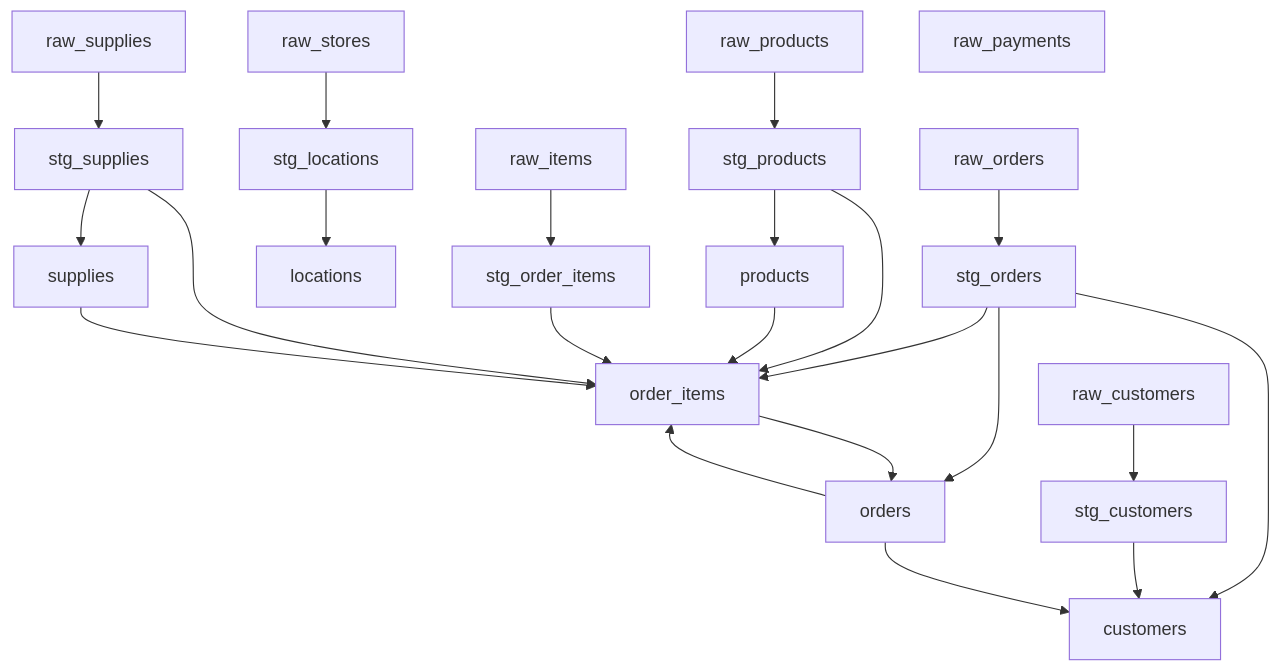
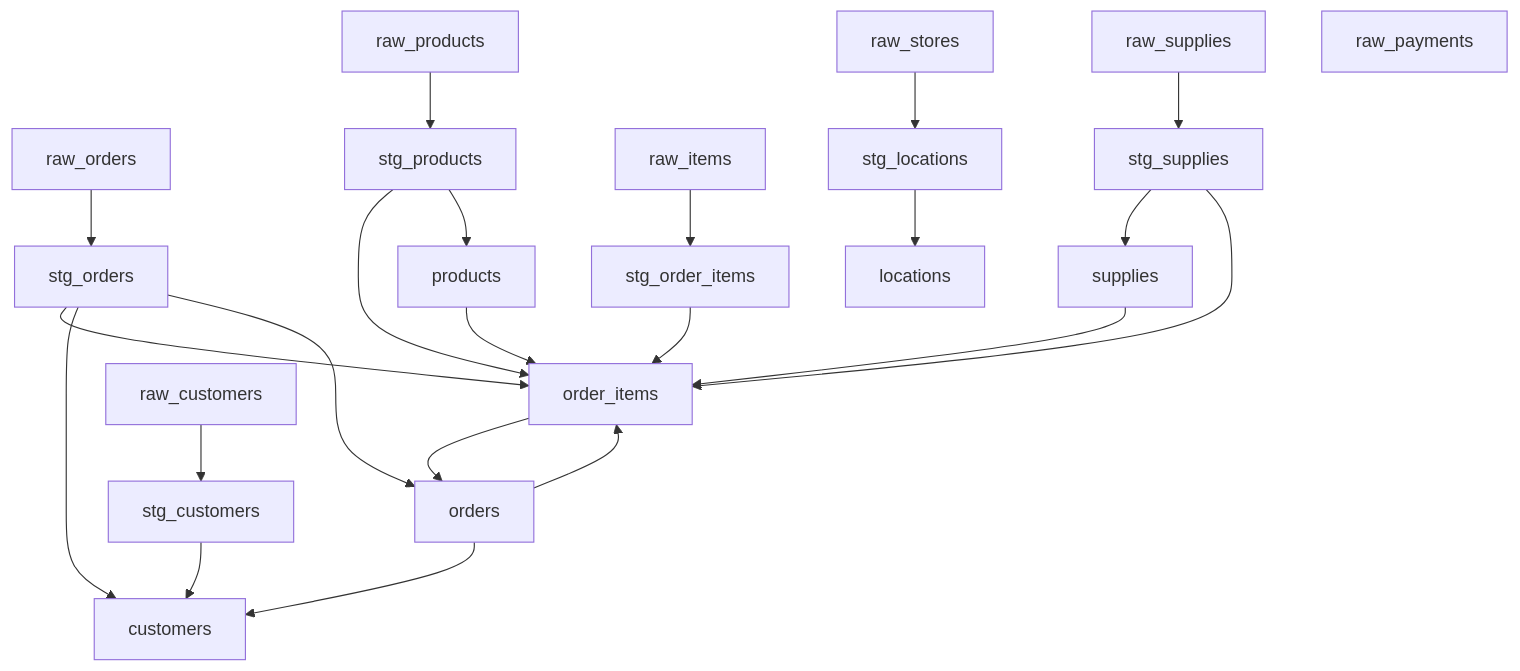
One commit to definite-app/crabwalk changed the diagram in examples/jaffle_shop/lineage.mmd. Above: the diagram before and after it, drawn with Mermaid. The commit also changed other lines of this file and 4 other files, not shown here.

First line of the commit message:
Update lineage diagrams and database schemas

```diff
--- a/examples/jaffle_shop/lineage.mmd
+++ b/examples/jaffle_shop/lineage.mmd
@@ -1,41 +1,41 @@
 graph TD
+    supplies
+    stg_order_items
+    order_items
+    stg_orders
+    locations
+    raw_orders
+    stg_products
+    raw_products
+    raw_customers
+    raw_items
+    stg_customers
+    customers
+    stg_supplies
     stg_locations
-    stg_orders
     raw_stores
-    raw_items
-    order_items
-    raw_products
     raw_supplies
-    stg_order_items
-    raw_orders
+    products
+    orders
     raw_payments
-    orders
-    stg_customers
-    locations
-    stg_products
-    customers
-    supplies
-    products
-    raw_customers
-    stg_supplies
-    raw_stores --> stg_locations
-    raw_orders --> stg_orders
+    stg_supplies --> supplies
+    raw_items --> stg_order_items
+    stg_supplies --> order_items
     stg_orders --> order_items
     stg_products --> order_items
     products --> order_items
     stg_order_items --> order_items
     orders --> order_items
-    stg_supplies --> order_items
     supplies --> order_items
-    raw_items --> stg_order_items
+    raw_orders --> stg_orders
+    stg_locations --> locations
+    raw_products --> stg_products
+    raw_customers --> stg_customers
+    stg_customers --> customers
+    stg_orders --> customers
+    orders --> customers
+    raw_supplies --> stg_supplies
+    raw_stores --> stg_locations
+    stg_products --> products
     stg_orders --> orders
     order_items --> orders
-    raw_customers --> stg_customers
-    stg_locations --> locations
-    raw_products --> stg_products
-    stg_orders --> customers
-    stg_customers --> customers
-    orders --> customers
-    stg_supplies --> supplies
-    stg_products --> products
-    raw_supplies --> stg_supplies
```
